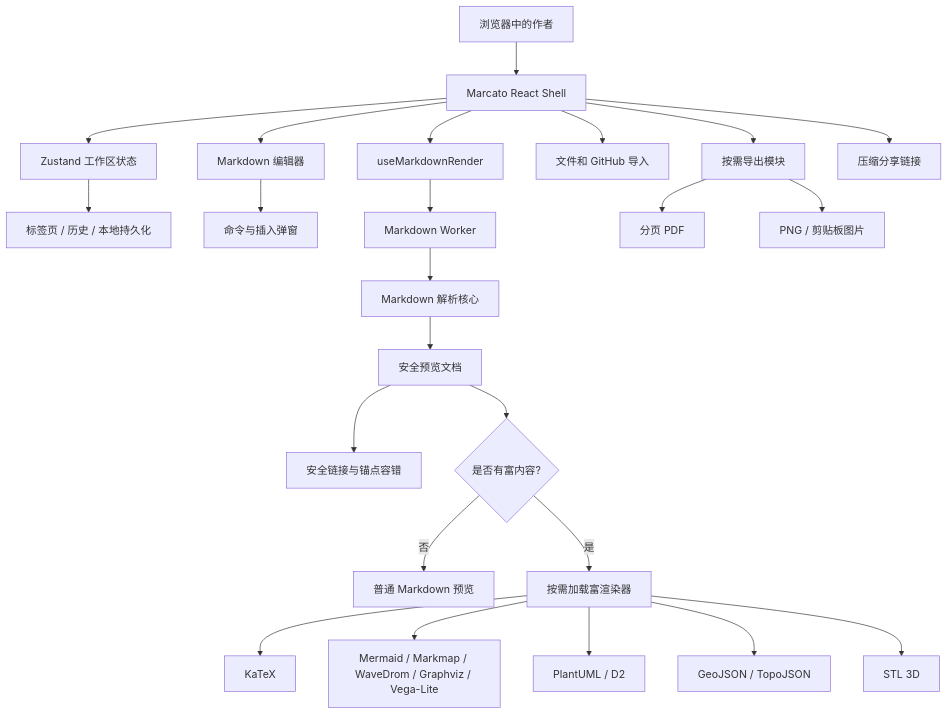
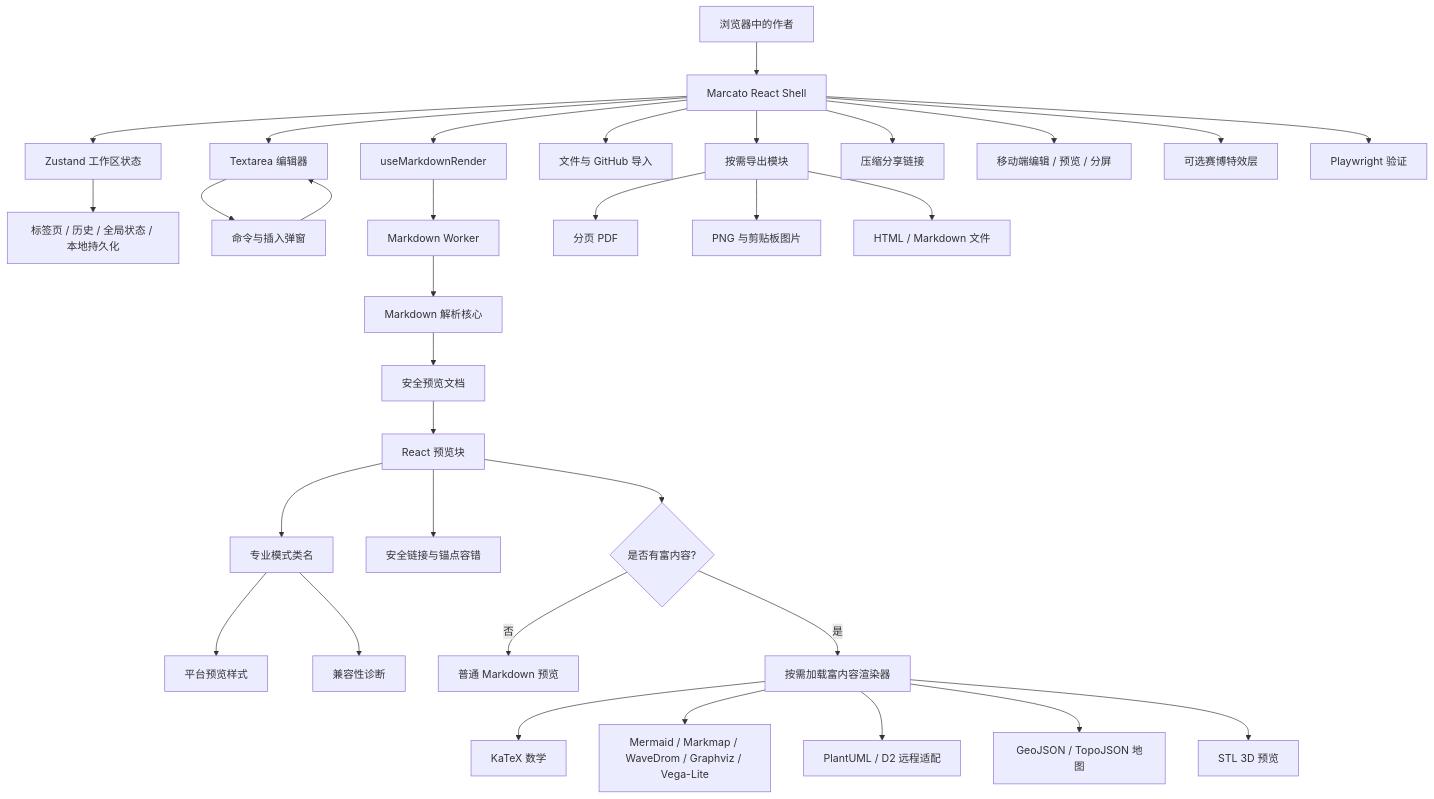
Before and after one commit to tianrking/Marcato: the diagram in README.zh-CN.md, drawn with Mermaid. The commit also changed other lines of this file and 12 other files, not shown here.

````diff
--- a/README.zh-CN.md
+++ b/README.zh-CN.md
@@ -39,26 +113,43 @@
 ```mermaid
 flowchart TB
   user[浏览器中的作者] --> shell[Marcato React Shell]
+
   shell --> store[Zustand 工作区状态]
-  store --> tabs[标签页 / 历史 / 本地持久化]
-  shell --> editor[Markdown 编辑器]
+  store --> tabs[标签页 / 历史 / 全局状态 / 本地持久化]
+
+  shell --> editor[Textarea 编辑器]
   editor --> commands[命令与插入弹窗]
+  commands --> editor
+
   shell --> renderHook[useMarkdownRender]
   renderHook --> worker[Markdown Worker]
   worker --> markdownCore[Markdown 解析核心]
-  markdownCore --> preview[安全预览文档]
+  markdownCore --> sanitized[安全预览文档]
+  sanitized --> preview[React 预览块]
+
+  preview --> profile[专业模式类名]
+  profile --> visual[平台预览样式]
+  profile --> diagnostics[兼容性诊断]
+
   preview --> links[安全链接与锚点容错]
   preview --> richGate{是否有富内容?}
   richGate -->|否| plain[普通 Markdown 预览]
-  richGate -->|是| processors[按需加载富渲染器]
-  processors --> math[KaTeX]
+  richGate -->|是| processors[按需加载富内容渲染器]
+
+  processors --> math[KaTeX 数学]
   processors --> diagrams[Mermaid / Markmap / WaveDrom / Graphviz / Vega-Lite]
-  processors --> remote[PlantUML / D2]
-  processors --> maps[GeoJSON / TopoJSON]
-  processors --> stl[STL 3D]
-  shell --> importers[文件和 GitHub 导入]
+  processors --> remote[PlantUML / D2 远程适配]
+  processors --> maps[GeoJSON / TopoJSON 地图]
+  processors --> stl[STL 3D 预览]
+
+  shell --> importers[文件与 GitHub 导入]
   shell --> exporters[按需导出模块]
   exporters --> pdf[分页 PDF]
-  exporters --> image[PNG / 剪贴板图片]
+  exporters --> images[PNG 与剪贴板图片]
+  exporters --> html[HTML / Markdown 文件]
+
   shell --> share[压缩分享链接]
+  shell --> mobile[移动端编辑 / 预览 / 分屏]
+  shell --> effects[可选赛博特效层]
+  shell --> tests[Playwright 验证]
 ```
````
